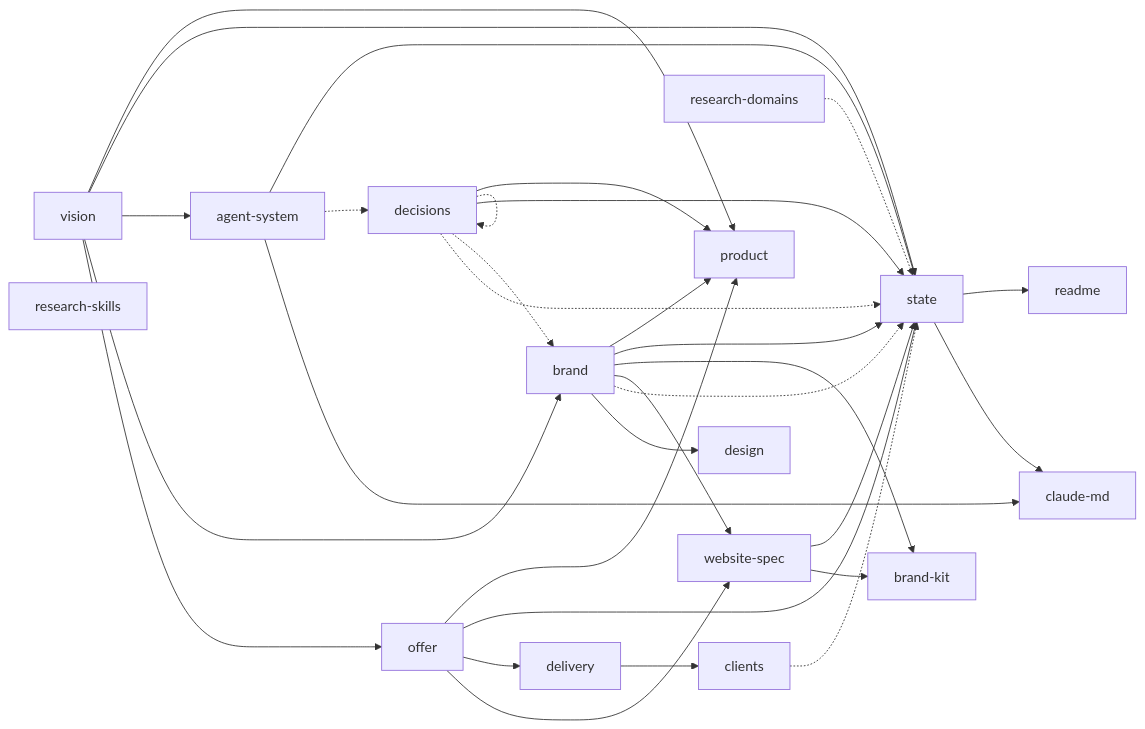
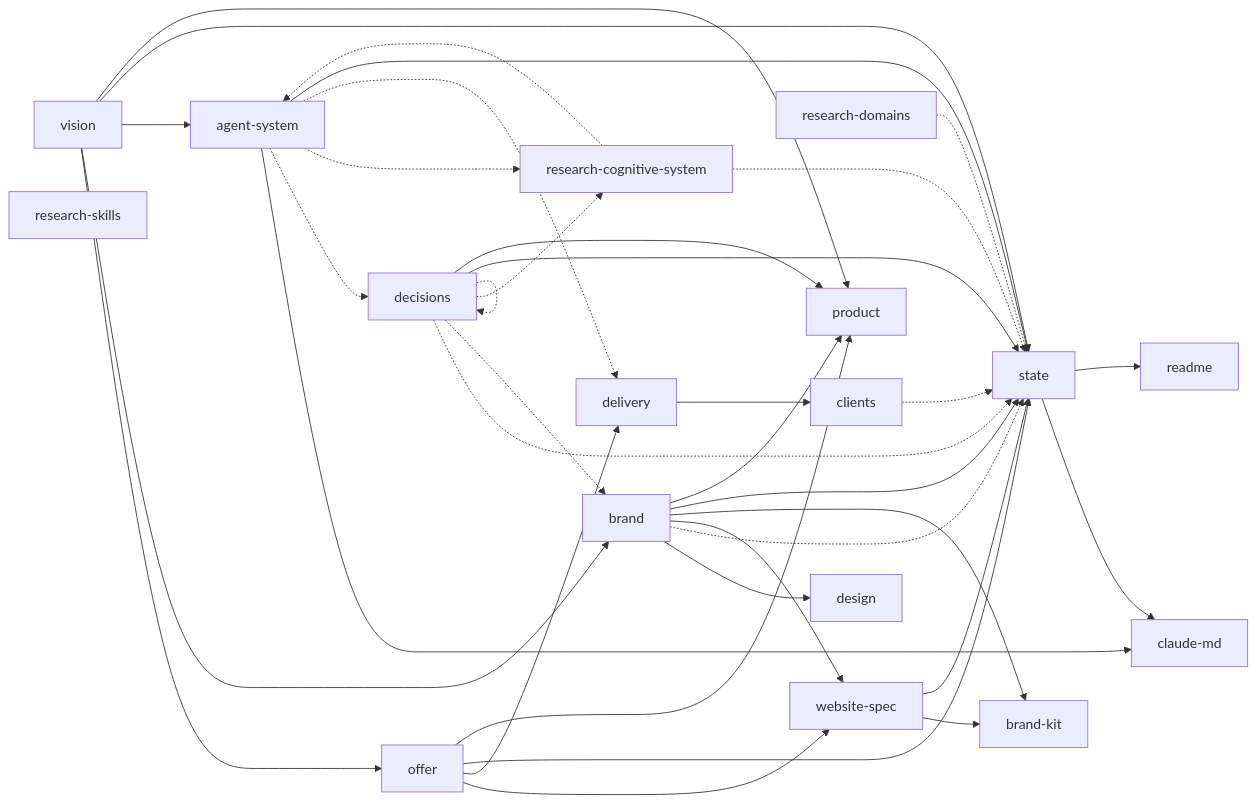
The diagram in docs/INDEX.md (mann0122/nexbridge-it), drawn with Mermaid before and after one commit. The commit also changed other lines of this file and 18 other files, not shown here.

````diff
--- a/docs/INDEX.md
+++ b/docs/INDEX.md
@@ -17,50 +17,56 @@
 ```mermaid
 graph LR
   vision["vision"]
   offer["offer"]
   brand["brand"]
   website_spec["website-spec"]
   delivery["delivery"]
   decisions["decisions"]
   agent_system["agent-system"]
   brand_kit["brand-kit"]
   state["state"]
   clients["clients"]
   research_skills["research-skills"]
+  research_cognitive_system["research-cognitive-system"]
   research_domains["research-domains"]
   claude_md["claude-md"]
   design["design"]
   product["product"]
   readme["readme"]
 
   state --> claude_md
   agent_system --> claude_md
   brand --> design
   vision --> offer
   vision --> brand
   brand -.-> state
   offer --> website_spec
   brand --> website_spec
   offer --> delivery
   decisions -.-> state
   decisions -.-> brand
   decisions -.-> decisions
+  decisions -.-> research_cognitive_system
   vision --> agent_system
   agent_system -.-> decisions
+  agent_system -.-> research_cognitive_system
+  agent_system -.-> delivery
   brand --> brand_kit
   website_spec --> brand_kit
   delivery --> clients
   clients -.-> state
+  research_cognitive_system -.-> agent_system
+  research_cognitive_system -.-> state
   research_domains -.-> state
   vision --> state
   offer --> state
   brand --> state
   website_spec --> state
   decisions --> state
   agent_system --> state
   vision --> product
   offer --> product
   brand --> product
   decisions --> product
   state --> readme
 ```
````
